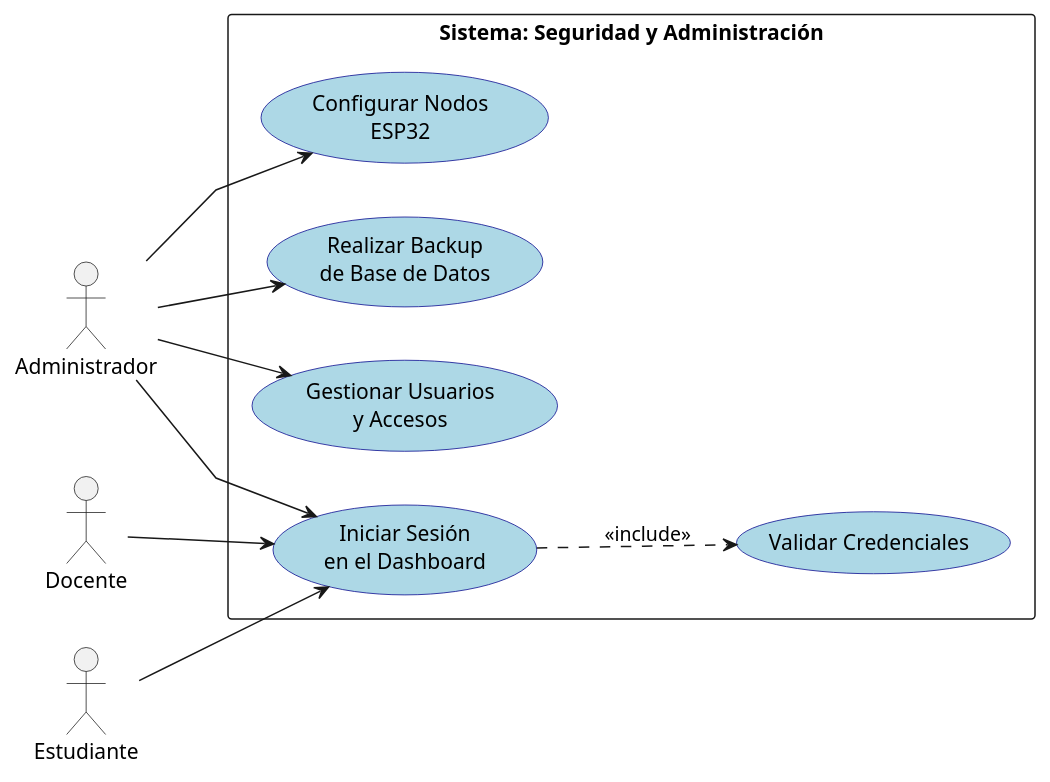
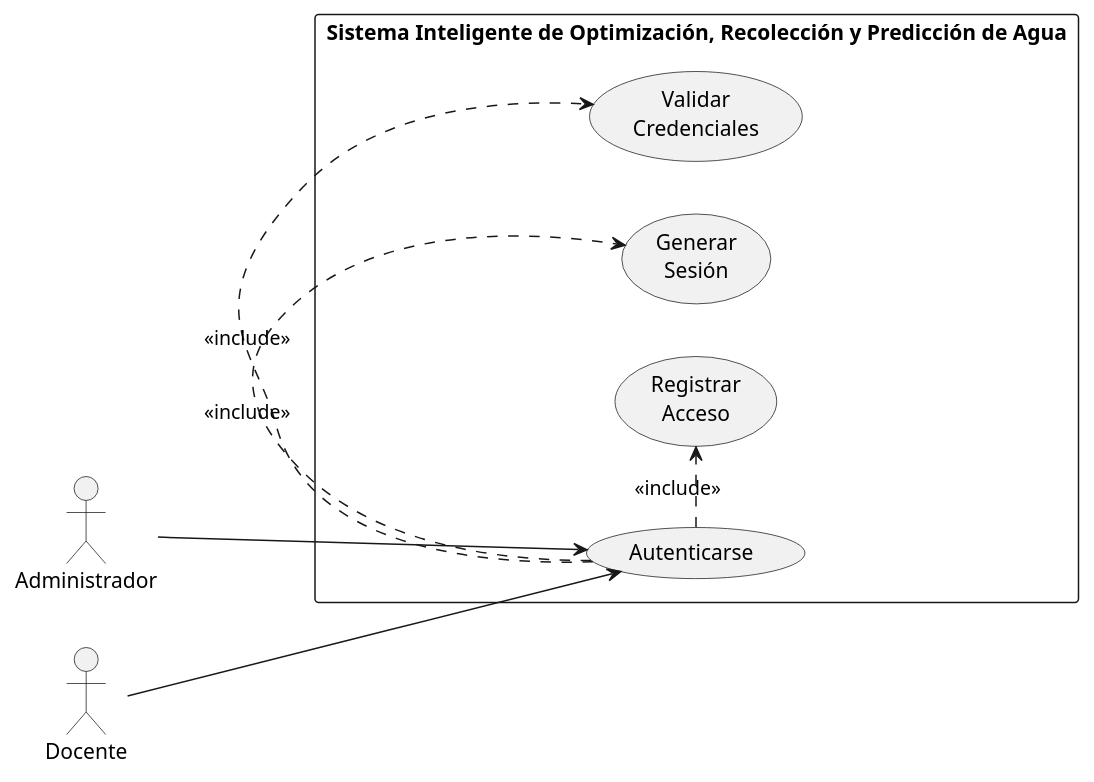
Before and after one commit to ruper932/ATINA: the diagram in software/API/db/caso_uso_1.puml, drawn with PlantUML. The commit also changed 3 other files, not shown here.

```diff
--- a/software/API/db/caso_uso_1.puml
+++ b/software/API/db/caso_uso_1.puml
@@ -1,33 +1,27 @@
 @startuml
+
 left to right direction
+skinparam shadowing false
 skinparam packageStyle rectangle
-skinparam shadowing false
-skinparam linetype polyline
 
-skinparam usecase {
-  BackgroundColor LightBlue
-  BorderColor DarkBlue
+actor Administrador
+actor Docente
+
+rectangle "Sistema Inteligente de Optimización, Recolección y Predicción de Agua" {
+
+    usecase "Autenticarse" as UC_Login
+
+    usecase "Validar\nCredenciales" as UC_Validar
+    usecase "Generar\nSesión" as UC_Sesion
+    usecase "Registrar\nAcceso" as UC_Registro
+
+    UC_Login .> UC_Validar : <<include>>
+    UC_Login .> UC_Sesion : <<include>>
+    UC_Login .> UC_Registro : <<include>>
+
 }
 
-actor "Administrador" as admin
-actor "Docente" as doc
-actor "Estudiante" as est
+Administrador --> UC_Login
+Docente --> UC_Login
 
-package "Sistema: Seguridad y Administración" {
-  usecase "Iniciar Sesión\nen el Dashboard" as UC1
-  usecase "Validar Credenciales" as UC_Validar
-  usecase "Gestionar Usuarios\ny Accesos" as UC2
-  usecase "Configurar Nodos\nESP32" as UC3
-  usecase "Realizar Backup\nde Base de Datos" as UC4
-}
-
-admin --> UC1
-doc --> UC1
-est --> UC1
-
-admin --> UC2
-admin --> UC3
-admin --> UC4
-
-UC1 ..> UC_Validar : <<include>>
 @enduml
```
